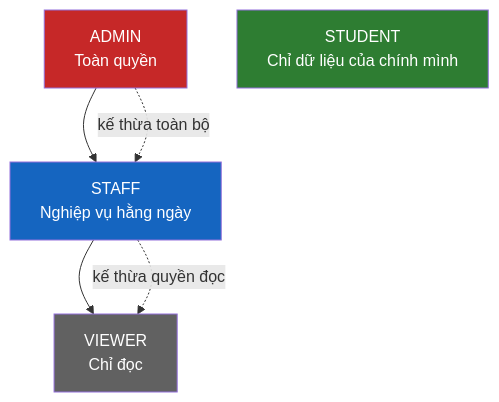
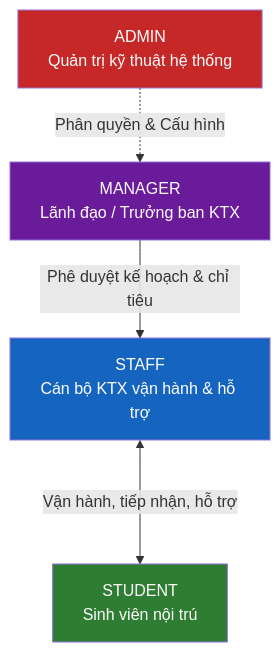
Before and after one commit to khanhvx2005/BE_QLKTX: the diagram in docs/07-PHAN-QUYEN-BAO-MAT.md, drawn with Mermaid. The commit also changed other lines of this file and 9 other files, not shown here.

````diff
--- a/docs/07-PHAN-QUYEN-BAO-MAT.md
+++ b/docs/07-PHAN-QUYEN-BAO-MAT.md
@@ -12,14 +13,16 @@
 ```mermaid
 flowchart TB
-    A["ADMIN<br/>Toàn quyền"] --> S["STAFF<br/>Nghiệp vụ hằng ngày"]
-    S --> V["VIEWER<br/>Chỉ đọc"]
-    ST["STUDENT<br/>Chỉ dữ liệu của chính mình"]
+    A["ADMIN<br/>Quản trị kỹ thuật hệ thống"]
+    M["MANAGER<br/>Lãnh đạo / Trưởng ban KTX"]
+    S["STAFF<br/>Cán bộ KTX vận hành & hỗ trợ"]
+    ST["STUDENT<br/>Sinh viên nội trú"]
 
-    A -.->|"kế thừa toàn bộ"| S
-    S -.->|"kế thừa quyền đọc"| V
+    A -.->|"Phân quyền & Cấu hình"| M
+    M -->|"Phê duyệt kế hoạch & chỉ tiêu"| S
+    S <--->|"Vận hành, tiếp nhận, hỗ trợ"| ST
 
     style A fill:#c62828,color:#fff
+    style M fill:#6a1b9a,color:#fff
     style S fill:#1565c0,color:#fff
-    style V fill:#616161,color:#fff
     style ST fill:#2e7d32,color:#fff
 ```
````
